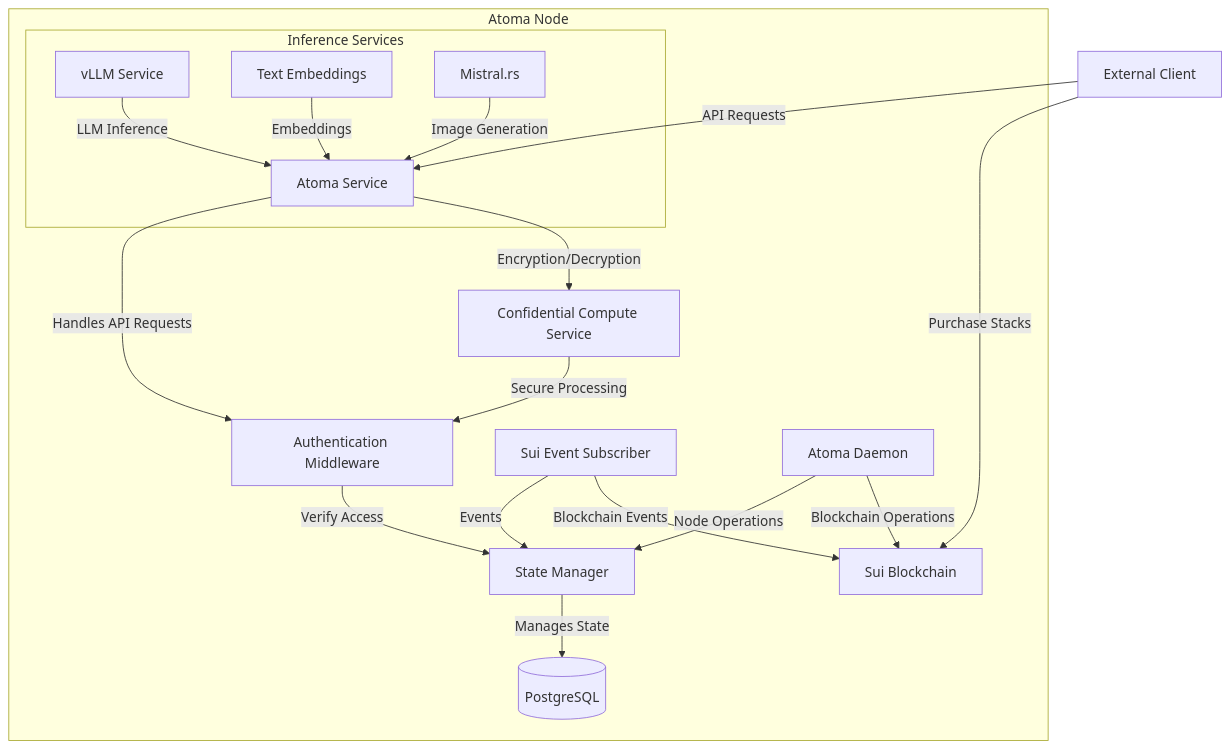
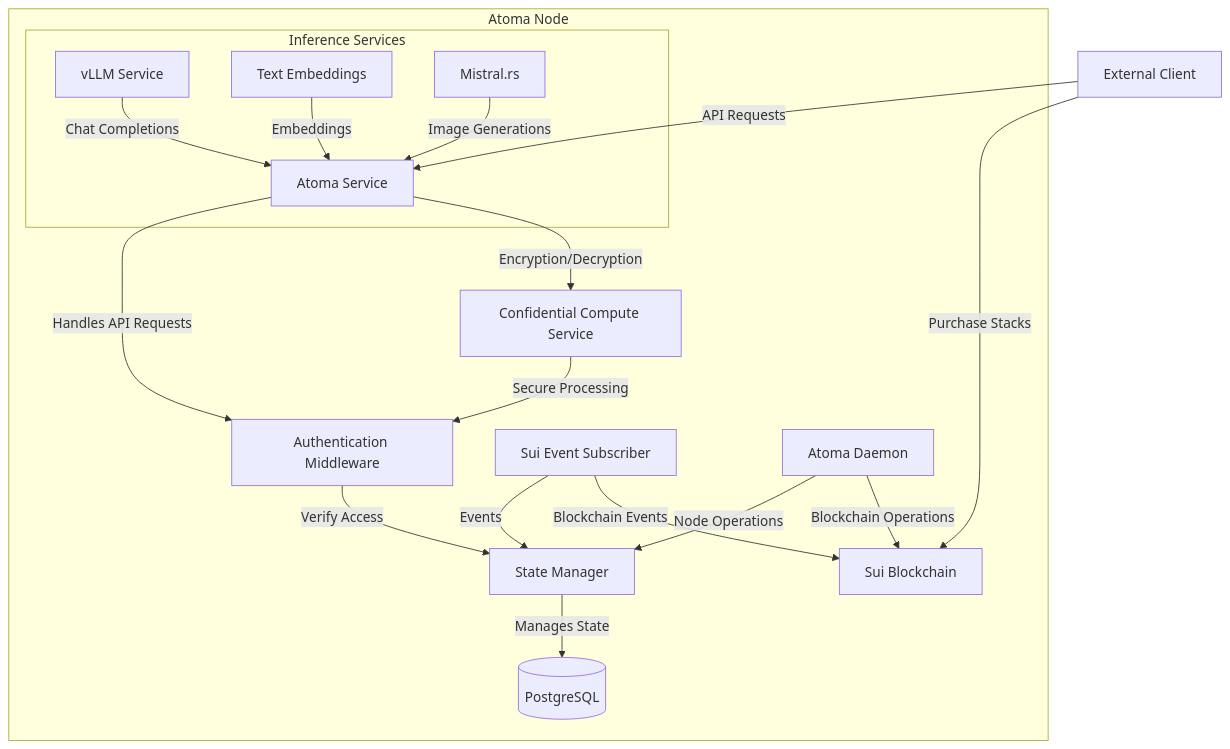
One commit to atoma-network/atoma-docs changed the diagram in node/technical-reference/overview.mdx. Above: the diagram before and after it, drawn with Mermaid.

Commit message:
chore: changed diagram

````diff
--- a/node/technical-reference/overview.mdx
+++ b/node/technical-reference/overview.mdx
@@ -6,27 +6,27 @@
 ```mermaid
 graph TB
     subgraph Atoma Node
         AS[Atoma Service] --> |Handles API Requests| Auth[Authentication Middleware]
         AS --> |Encryption/Decryption| CCS[Confidential Compute Service]
         
         SM[State Manager] --> |Manages State| DB[(PostgreSQL)]
         
         Sub[Sui Event Subscriber] --> |Events| SM
         Sub --> |Blockchain Events| BC[Sui Blockchain]
         
         AD[Atoma Daemon] --> |Node Operations| SM
         AD --> |Blockchain Operations| BC
         
         CCS --> |Secure Processing| Auth
         Auth --> |Verify Access| SM
 
         subgraph Inference Services
-            vLLM[vLLM Service] --> |LLM Inference| AS
+            vLLM[vLLM Service] --> |Chat Completions| AS
             TEI[Text Embeddings] --> |Embeddings| AS
-            MRS[Mistral.rs] --> |Image Generation| AS
+            MRS[Mistral.rs] --> |Image Generations| AS
         end
     end
 
     Client[External Client] --> |Purchase Stacks| BC[Sui Blockchain]
     Client --> |API Requests| AS
 ```
````
